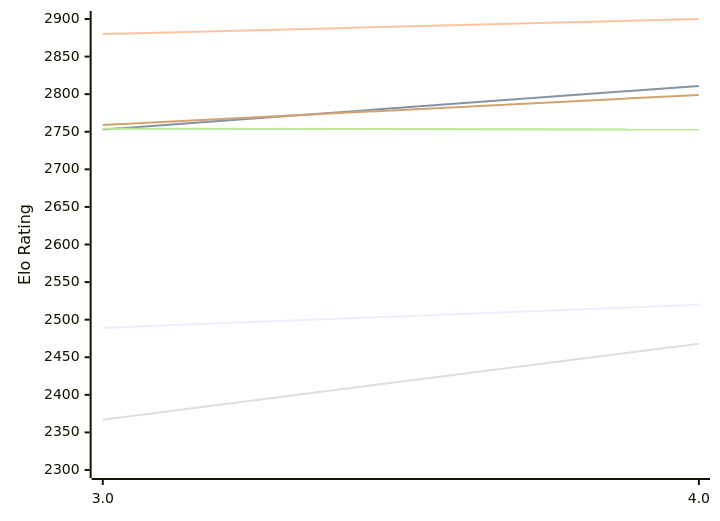
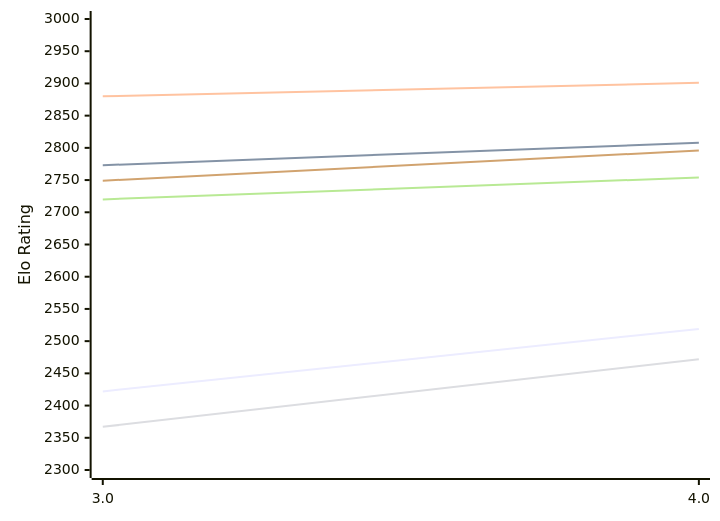
One commit to computer-chess-index/cci changed the first of 2 diagrams in engines/Chess3.md. Above: the diagram before and after it, drawn with Mermaid. The commit also changed other lines of this file, not shown here.

Commit message:
Update CCI Ratings (ELO VLTC) - 2026-11-15

````diff
--- a/engines/Chess3.md
+++ b/engines/Chess3.md
@@ -50,12 +50,12 @@
 ```mermaid
 %%{init: {"theme":"base","themeVariables":{"seriesColors:['#a3a3a3','#222221','#faa371']}}}%%
 xychart-beta
   x-axis ["3.0", "4.0"]
-  y-axis "Elo Rating" 2300 --> 2900
-  line "E1: STC (8.0+0.08s)" [2489, 2520]
-  line "E1: LTC (60.0+0.60s)" [2753, 2811]
-  line "E1: VLTC (2m24s+1.12s)" [2880, 2900]
-  line "P1: STC (8.0+0.08s)" [2367, 2468]
-  line "P1: LTC (60.0+0.60s)" [2754, 2753]
-  line "P1: VLTC (2m24s+1.12s)" [2759, 2799]
+  y-axis "Elo Rating" 2300 --> 3000
+  line "E1: STC (8.0+0.08s)" [2422, 2519]
+  line "E1: LTC (60.0+0.60s)" [2773, 2808]
+  line "E1: VLTC (2m24s+1.12s)" [2880, 2901]
+  line "P1: STC (8.0+0.08s)" [2367, 2472]
+  line "P1: LTC (60.0+0.60s)" [2720, 2754]
+  line "P1: VLTC (2m24s+1.12s)" [2749, 2796]
 ```
````
